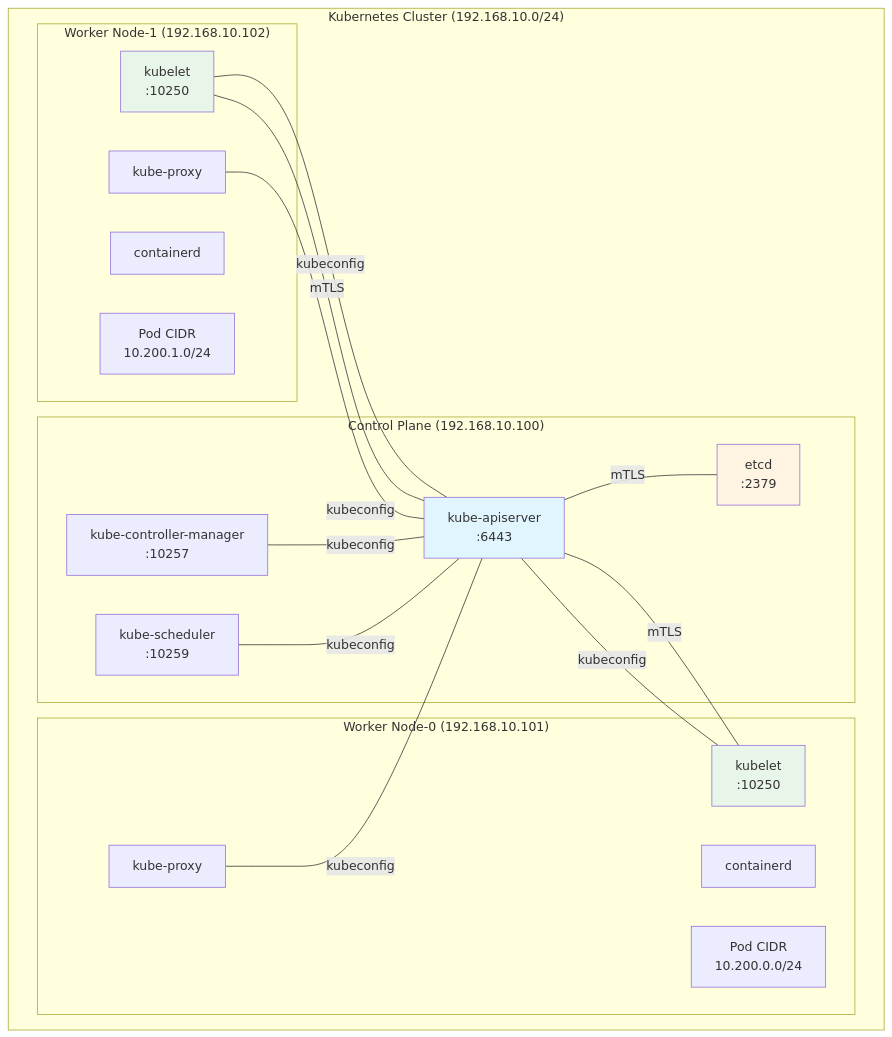
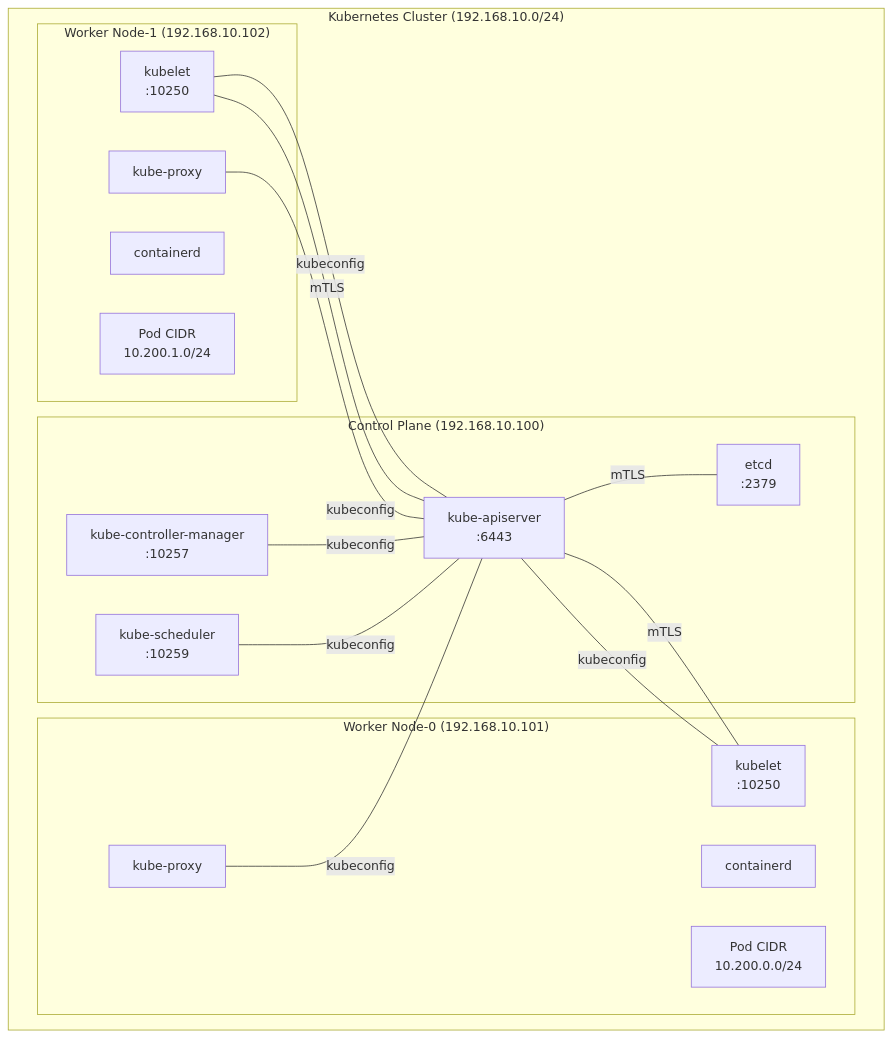
The first of 6 diagrams in docs/k8s-deploy/week1-kubernetes-hard-way.md (juwon8891/juwon8891.github.io), drawn with Mermaid before and after one commit. The commit also changed other lines of this file and 18 other files, not shown here.

Commit message:
Remove bright colors from Mermaid diagrams for dark mode compatibility

````diff
--- a/docs/k8s-deploy/week1-kubernetes-hard-way.md
+++ b/docs/k8s-deploy/week1-kubernetes-hard-way.md
@@ -61,40 +61,36 @@
 ```mermaid
 graph TB
     subgraph Cluster["Kubernetes Cluster (192.168.10.0/24)"]
         subgraph ControlPlane["Control Plane (192.168.10.100)"]
             API["kube-apiserver<br/>:6443"]
             ETCD["etcd<br/>:2379"]
             CM["kube-controller-manager<br/>:10257"]
             SCHED["kube-scheduler<br/>:10259"]
         end
 
         subgraph Node0["Worker Node-0 (192.168.10.101)"]
             KUBELET0["kubelet<br/>:10250"]
             PROXY0["kube-proxy"]
             CONTAINERD0["containerd"]
             POD0["Pod CIDR<br/>10.200.0.0/24"]
         end
 
         subgraph Node1["Worker Node-1 (192.168.10.102)"]
             KUBELET1["kubelet<br/>:10250"]
             PROXY1["kube-proxy"]
             CONTAINERD1["containerd"]
             POD1["Pod CIDR<br/>10.200.1.0/24"]
         end
     end
 
     API ---|mTLS| ETCD
     API ---|mTLS| KUBELET0
     API ---|mTLS| KUBELET1
     CM ---|kubeconfig| API
     SCHED ---|kubeconfig| API
     KUBELET0 ---|kubeconfig| API
     KUBELET1 ---|kubeconfig| API
     PROXY0 ---|kubeconfig| API
     PROXY1 ---|kubeconfig| API
 
-    style API fill:#e1f5ff
-    style ETCD fill:#fff4e1
-    style KUBELET0 fill:#e8f5e9
-    style KUBELET1 fill:#e8f5e9
 ```
````
